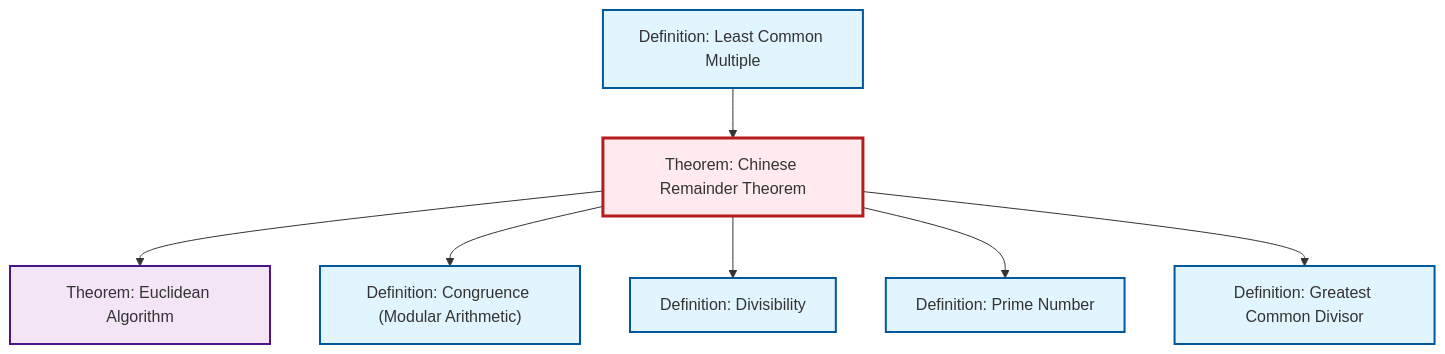
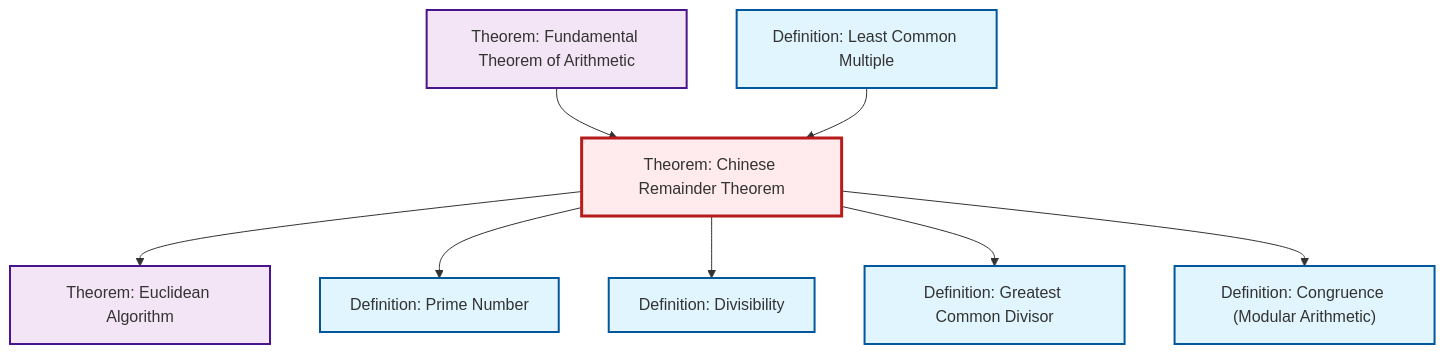
One commit to RK0429/ModernMath changed the diagram in content/ja/number-theory/thm-chinese-remainder.qmd. Above: the diagram before and after it, drawn with Mermaid. The commit also changed 654 other files, not shown here.

````diff
--- a/content/ja/number-theory/thm-chinese-remainder.qmd
+++ b/content/ja/number-theory/thm-chinese-remainder.qmd
@@ -89,29 +89,32 @@
 ```{mermaid}
 %%| fig-cap: "Local dependency graph"
 graph TD
     classDef definition fill:#e1f5fe,stroke:#01579b,stroke-width:2px
     classDef theorem fill:#f3e5f5,stroke:#4a148c,stroke-width:2px
     classDef axiom fill:#fff3e0,stroke:#e65100,stroke-width:2px
     classDef example fill:#e8f5e9,stroke:#1b5e20,stroke-width:2px
     classDef current fill:#ffebee,stroke:#b71c1c,stroke-width:3px
+    thm-chinese-remainder["Theorem: Chinese Remainder Theorem"]:::theorem
+    thm-euclidean-algorithm["Theorem: Euclidean Algorithm"]:::theorem
     def-gcd["Definition: Greatest Common Divisor"]:::definition
+    def-divisibility["Definition: Divisibility"]:::definition
+    thm-fundamental-arithmetic["Theorem: Fundamental Theorem of Arithmetic"]:::theorem
     def-lcm["Definition: Least Common Multiple"]:::definition
+    def-prime["Definition: Prime Number"]:::definition
     def-congruence["Definition: Congruence (Modular Arithmetic)"]:::definition
-    def-divisibility["Definition: Divisibility"]:::definition
-    thm-chinese-remainder["Theorem: Chinese Remainder Theorem"]:::theorem
-    def-prime["Definition: Prime Number"]:::definition
-    thm-euclidean-algorithm["Theorem: Euclidean Algorithm"]:::theorem
+    thm-fundamental-arithmetic --> thm-chinese-remainder
     thm-chinese-remainder --> thm-euclidean-algorithm
-    thm-chinese-remainder --> def-congruence
-    thm-chinese-remainder --> def-divisibility
     thm-chinese-remainder --> def-prime
     def-lcm --> thm-chinese-remainder
+    thm-chinese-remainder --> def-divisibility
     thm-chinese-remainder --> def-gcd
+    thm-chinese-remainder --> def-congruence
     class thm-chinese-remainder current
+    click thm-euclidean-algorithm "thm-euclidean-algorithm.html" "Theorem: Euclidean Algorithmへ"
     click def-gcd "def-gcd.html" "Definition: Greatest Common Divisorへ"
+    click def-divisibility "def-divisibility.html" "Definition: Divisibilityへ"
+    click thm-fundamental-arithmetic "thm-fundamental-arithmetic.html" "Theorem: Fundamental Theorem of Arithmeticへ"
     click def-lcm "def-lcm.html" "Definition: Least Common Multipleへ"
+    click def-prime "def-prime.html" "Definition: Prime Numberへ"
     click def-congruence "def-congruence.html" "Definition: Congruence (Modular Arithmetic)へ"
-    click def-divisibility "def-divisibility.html" "Definition: Divisibilityへ"
-    click def-prime "def-prime.html" "Definition: Prime Numberへ"
-    click thm-euclidean-algorithm "thm-euclidean-algorithm.html" "Theorem: Euclidean Algorithmへ"
 ```
````
